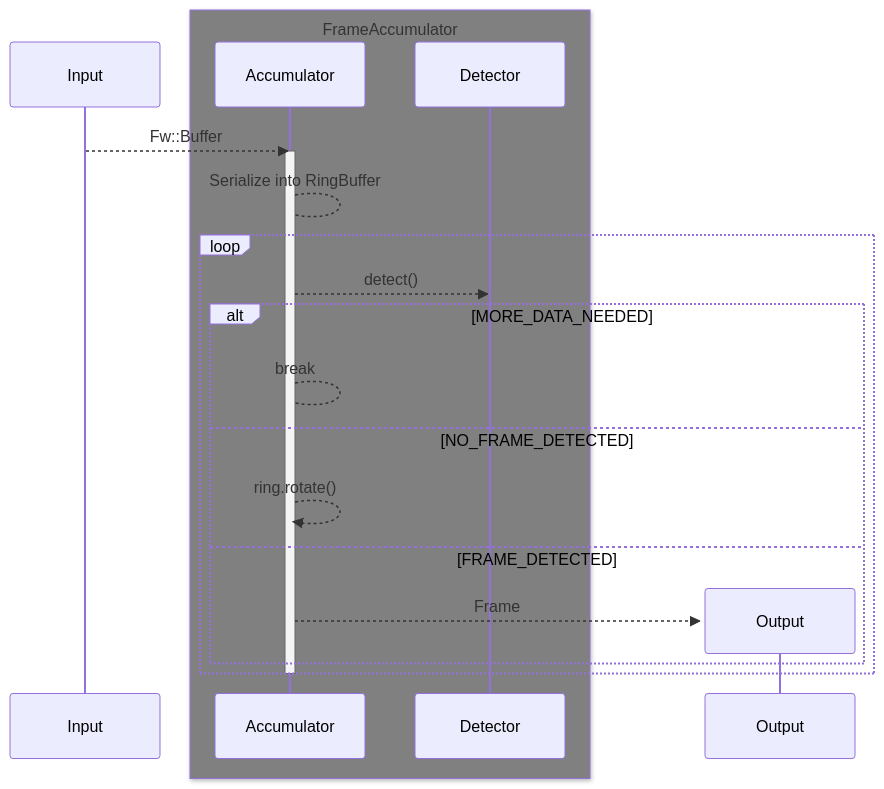
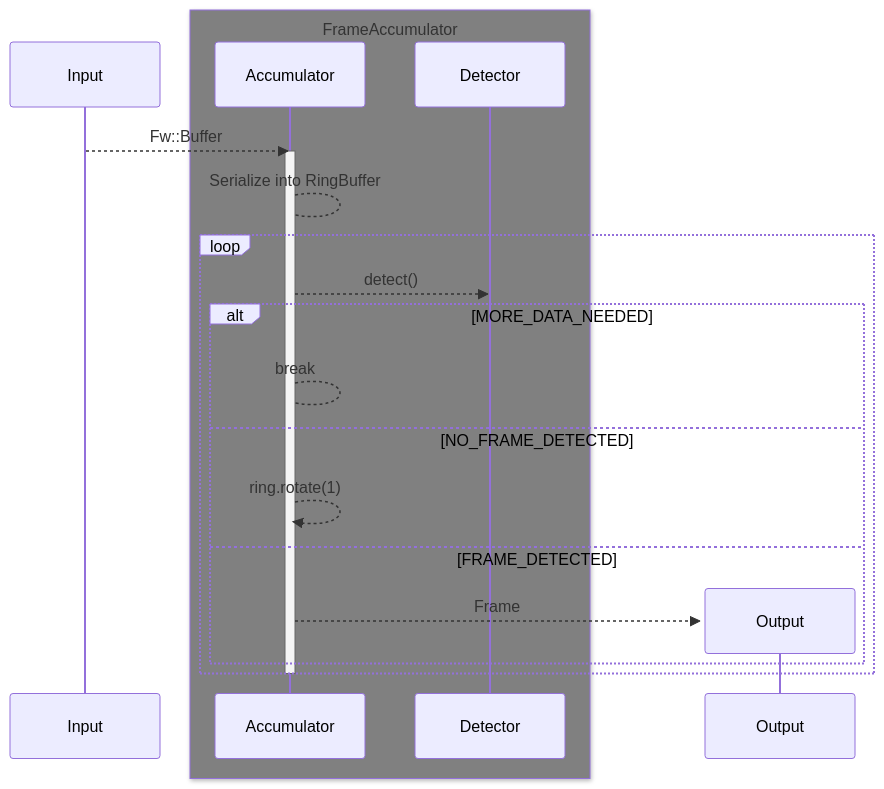
One commit to nasa/fprime changed the first of 2 diagrams in Svc/FrameAccumulator/docs/sdd.md. Above: the diagram before and after it, drawn with Mermaid. The commit also changed 16 other files, not shown here.

````diff
--- a/Svc/FrameAccumulator/docs/sdd.md
+++ b/Svc/FrameAccumulator/docs/sdd.md
@@ -26,25 +26,25 @@
 ```mermaid
 sequenceDiagram
     participant I as Input
     box Grey FrameAccumulator
     participant A as Accumulator
     participant D as Detector
     end
 
     I-->>A: Fw::Buffer
     activate A
     A-->A: Serialize into RingBuffer
     loop 
         A-->>D: detect()
         alt MORE_DATA_NEEDED
             A-->A: break
         else NO_FRAME_DETECTED
-            A-->>A: ring.rotate()
+            A-->>A: ring.rotate(1)
         else FRAME_DETECTED
             create participant Z as Output
             A-->>Z: Frame
         end
     end
     deactivate A
     destroy O
 ```
````
